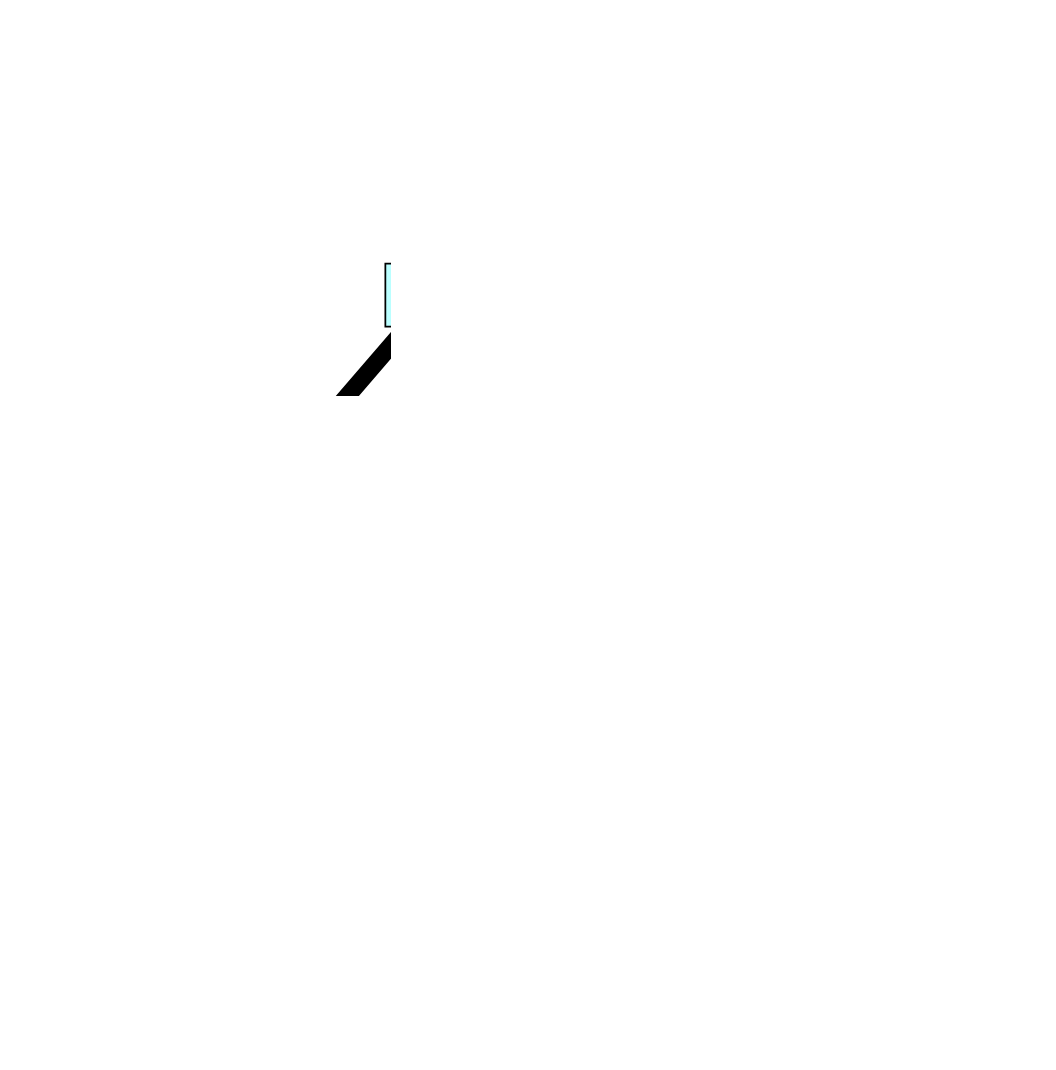
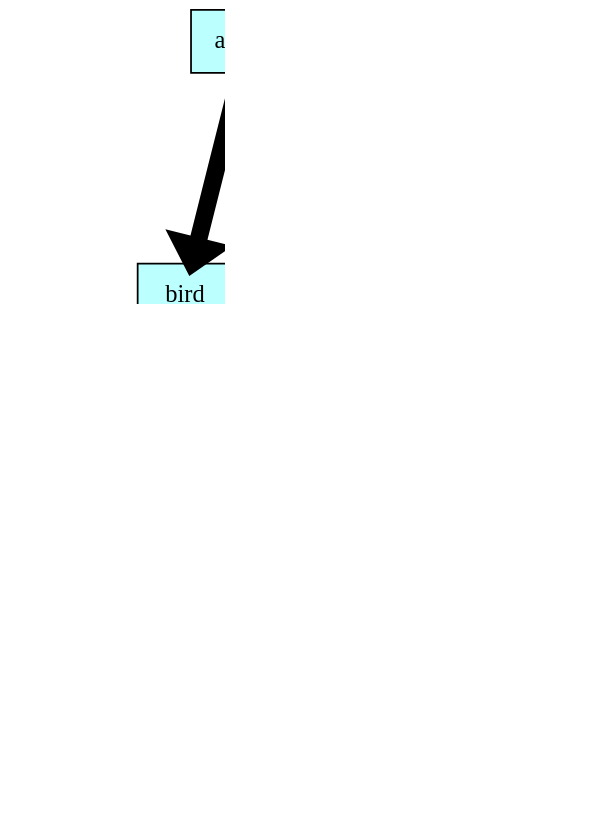
Before and after one commit to Troll0ton/Akinator3000: the diagram in dump/list_graph.dot, drawn with Graphviz. The commit also changed 27 other files, not shown here.

```diff
--- a/dump/list_graph.dot
+++ b/dump/list_graph.dot
@@ -1,56 +1,38 @@
 digraph structs {    
 rankdir = TB;        
 graph [dpi = 200];   
 ranksep = 1.5;       
 edge[penwidth = 10]; 
 cell0 [style = filled, color = black, fillcolor = paleturquoise1,
 shape=record,label = " { <ptr> animal} " ];                         
 cell1 [style = filled, color = black, fillcolor = paleturquoise1,
 shape=record,label = " { <ptr> bird} " ];                         
 cell2 [style = filled, color = black, fillcolor = paleturquoise1,
-shape=record,label = " { <ptr> fig} " ];                         
+shape=record,label = " { <ptr> eagle} " ];                         
 cell3 [style = filled, color = black, fillcolor = paleturquoise1,
-shape=record,label = " { <ptr> sinitsa} " ];                         
+shape=record,label = " { <ptr> fish} " ];                         
 cell4 [style = filled, color = black, fillcolor = paleturquoise1,
-shape=record,label = " { <ptr> Vorobey} " ];                         
+shape=record,label = " { <ptr> car} " ];                         
 cell5 [style = filled, color = black, fillcolor = paleturquoise1,
-shape=record,label = " { <ptr> amogus} " ];                         
+shape=record,label = " { <ptr> big} " ];                         
 cell6 [style = filled, color = black, fillcolor = paleturquoise1,
-shape=record,label = " { <ptr> cool} " ];                         
+shape=record,label = " { <ptr> kamaz} " ];                         
 cell7 [style = filled, color = black, fillcolor = paleturquoise1,
-shape=record,label = " { <ptr> check} " ];                         
+shape=record,label = " { <ptr> lada} " ];                         
 cell8 [style = filled, color = black, fillcolor = paleturquoise1,
-shape=record,label = " { <ptr> mood} " ];                         
+shape=record,label = " { <ptr> can} " ];                         
 cell9 [style = filled, color = black, fillcolor = paleturquoise1,
-shape=record,label = " { <ptr> Medved} " ];                         
+shape=record,label = " { <ptr> ship} " ];                         
 cell10 [style = filled, color = black, fillcolor = paleturquoise1,
-shape=record,label = " { <ptr> car} " ];                         
-cell11 [style = filled, color = black, fillcolor = paleturquoise1,
-shape=record,label = " { <ptr> made} " ];                         
-cell12 [style = filled, color = black, fillcolor = paleturquoise1,
-shape=record,label = " { <ptr> lada} " ];                         
-cell13 [style = filled, color = black, fillcolor = paleturquoise1,
-shape=record,label = " { <ptr> uaz} " ];                         
-cell14 [style = filled, color = black, fillcolor = paleturquoise1,
-shape=record,label = " { <ptr> das} " ];                         
-cell15 [style = filled, color = black, fillcolor = paleturquoise1,
-shape=record,label = " { <ptr> iod} " ];                         
-cell16 [style = filled, color = black, fillcolor = paleturquoise1,
 shape=record,label = " { <ptr> plane} " ];                         
 cell0 -> cell1;
 cell1 -> cell2;
-cell2 -> cell3;
-cell2 -> cell4;
-cell1 -> cell5;
+cell1 -> cell3;
+cell0 -> cell4;
+cell4 -> cell5;
 cell5 -> cell6;
-cell6 -> cell7;
-cell6 -> cell8;
-cell5 -> cell9;
-cell0 -> cell10;
-cell10 -> cell11;
-cell11 -> cell12;
-cell11 -> cell13;
-cell10 -> cell14;
-cell14 -> cell15;
-cell14 -> cell16;
+cell5 -> cell7;
+cell4 -> cell8;
+cell8 -> cell9;
+cell8 -> cell10;
 }
```
